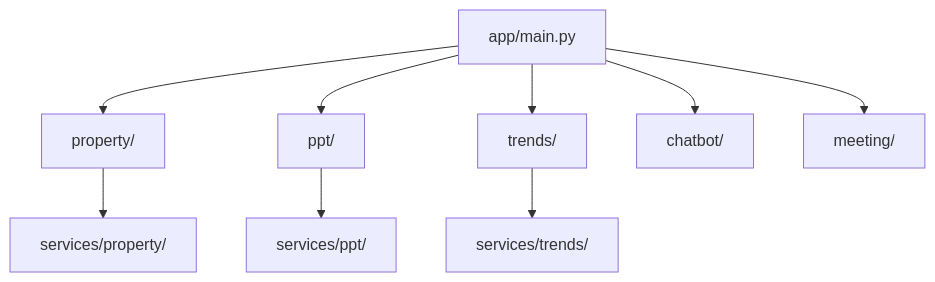
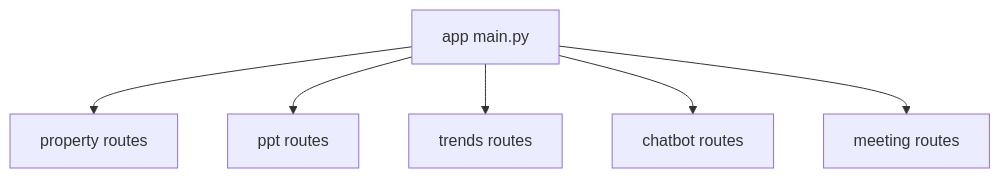
The third of 3 diagrams in README.md (Ninjaa-aa/property-walay), drawn with Mermaid before and after one commit. The commit also changed other lines of this file, not shown here.

Commit message:
Update image paths and improve flowchart syntax

````diff
--- a/README.md
+++ b/README.md
@@ -98,12 +88,8 @@
 ```mermaid
 flowchart TB
-  main[app/main.py]
-  main --> prop[property/]
-  main --> ppt[ppt/]
-  main --> trends[trends/]
-  main --> chat[chatbot/]
-  main --> meet[meeting/]
-  prop --> svc_p[services/property/]
-  ppt --> svc_ppt[services/ppt/]
-  trends --> svc_t[services/trends/]
+  main[app main.py] --> prop[property routes]
+  main --> ppt[ppt routes]
+  main --> trends[trends routes]
+  main --> chat[chatbot routes]
+  main --> meet[meeting routes]
 ```
````
